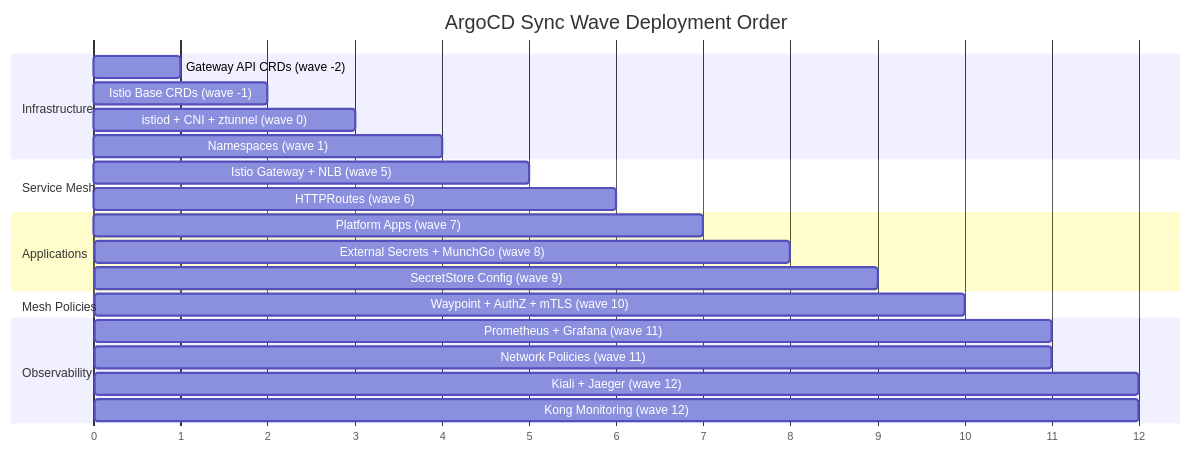
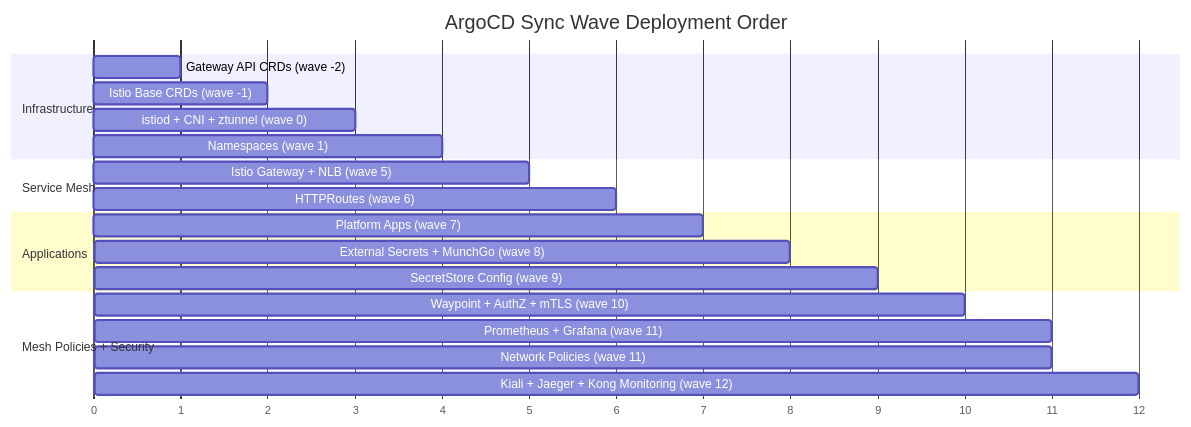
The ninth of 12 diagrams in README.md (shanaka-versent/munchgo-aws-iac), drawn with Mermaid before and after one commit. The commit also changed other lines of this file, not shown here.

````diff
--- a/README.md
+++ b/README.md
@@ -775,30 +594,27 @@
 ```mermaid
 gantt
     title ArgoCD Sync Wave Deployment Order
     dateFormat X
     axisFormat %s
 
     section Infrastructure
     Gateway API CRDs (wave -2)          :a1, 0, 1
     Istio Base CRDs (wave -1)           :a2, 1, 2
     istiod + CNI + ztunnel (wave 0)     :a3, 2, 3
     Namespaces (wave 1)                 :a4, 3, 4
 
     section Service Mesh
     Istio Gateway + NLB (wave 5)        :b1, 4, 5
     HTTPRoutes (wave 6)                 :b2, 5, 6
 
     section Applications
     Platform Apps (wave 7)              :c1, 6, 7
     External Secrets + MunchGo (wave 8) :c2, 7, 8
     SecretStore Config (wave 9)         :c3, 8, 9
 
-    section Mesh Policies
+    section Mesh Policies + Security
     Waypoint + AuthZ + mTLS (wave 10)   :d1, 9, 10
-
-    section Observability
     Prometheus + Grafana (wave 11)      :e1, 10, 11
     Network Policies (wave 11)          :e2, 10, 11
-    Kiali + Jaeger (wave 12)            :e3, 11, 12
-    Kong Monitoring (wave 12)           :e4, 11, 12
+    Kiali + Jaeger + Kong Monitoring (wave 12) :e3, 11, 12
 ```
````
